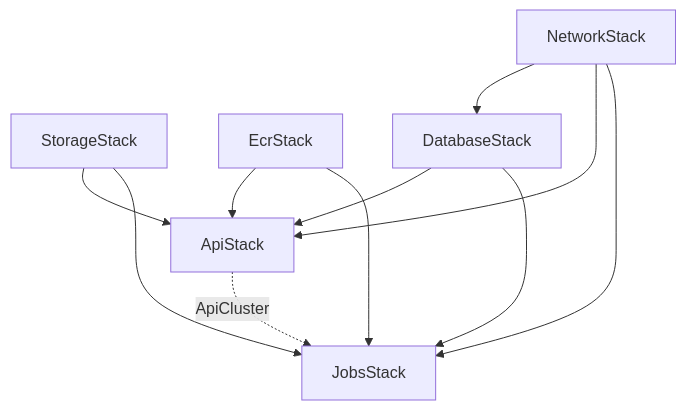
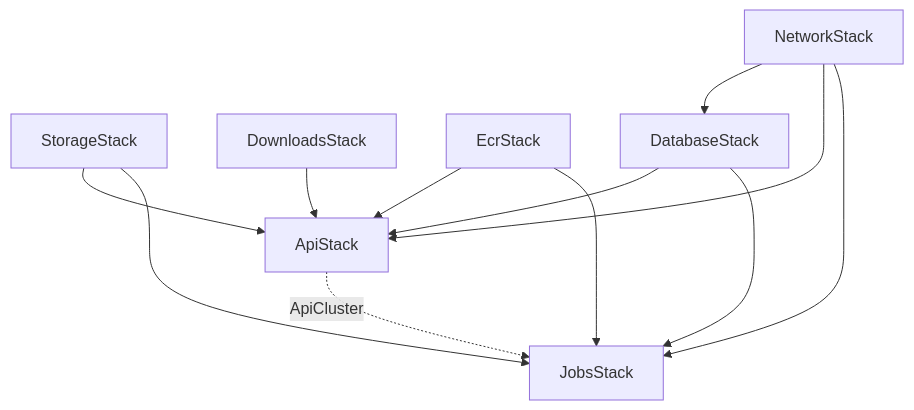
Before and after one commit to AI-Institute-Food-Systems/foodatlas: the third of 3 diagrams in infra/README.md, drawn with Mermaid. The commit also changed other lines of this file and 16 other files, not shown here.

````diff
--- a/infra/README.md
+++ b/infra/README.md
@@ -120,20 +123,22 @@
 ```mermaid
 flowchart TB
     network[NetworkStack]
     storage[StorageStack]
+    downloads[DownloadsStack]
     ecr[EcrStack]
     db[DatabaseStack]
     api[ApiStack]
     jobs[JobsStack]
 
     network --> db
     network --> api
     network --> jobs
     storage --> api
     storage --> jobs
+    downloads --> api
     ecr --> api
     ecr --> jobs
     db --> api
     db --> jobs
     api -.->|"ApiCluster"| jobs
 ```
````
